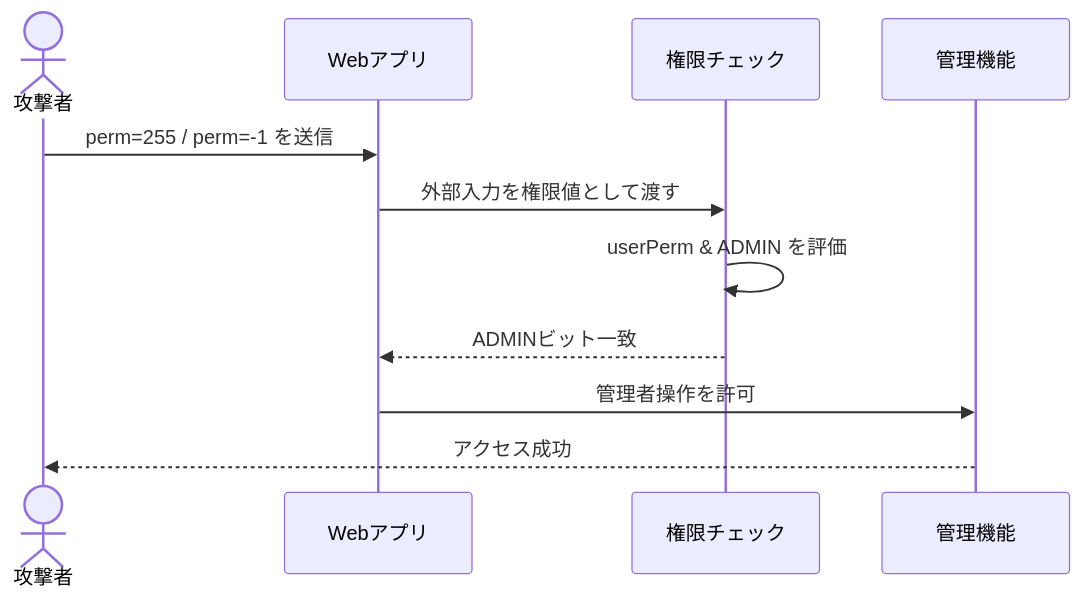
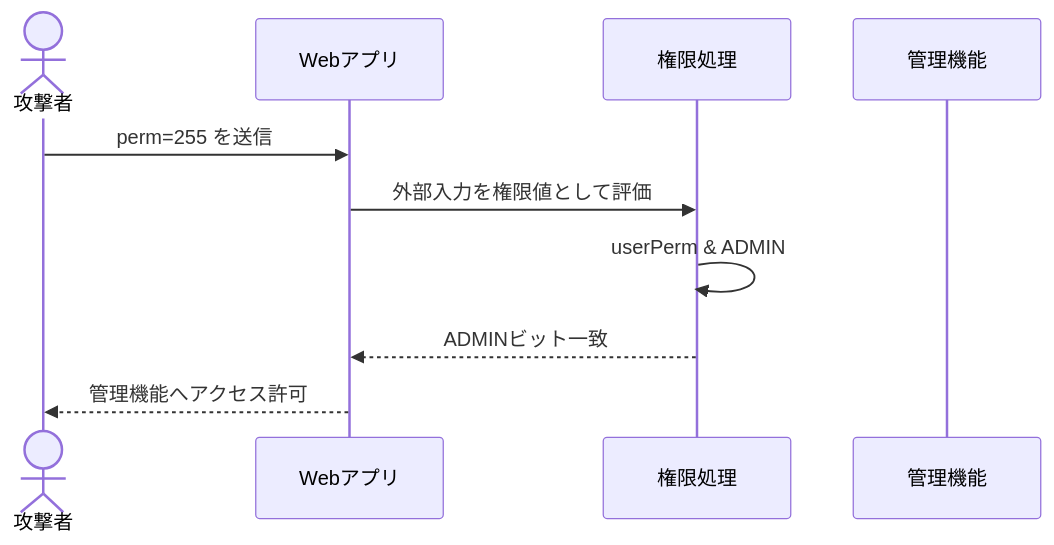
Before and after one commit to Omni-lab26/recon0x-content: the third of 3 diagrams in articles/binary-hex-bitwise/index.mdx, drawn with Mermaid. The commit also changed other lines of this file and 12 other files, not shown here.

````diff
--- a/articles/binary-hex-bitwise/index.mdx
+++ b/articles/binary-hex-bitwise/index.mdx
@@ -81,14 +76,12 @@
 ```mermaid
 sequenceDiagram
-    actor A as 攻撃者
-    participant W as Webアプリ
-    participant C as 権限チェック
-    participant D as 管理機能
-
-    A->>W: perm=255 / perm=-1 を送信
-    W->>C: 外部入力を権限値として渡す
-    C->>C: userPerm & ADMIN を評価
-    C-->>W: ADMINビット一致
-    W->>D: 管理者操作を許可
-    D-->>A: アクセス成功
+    actor 攻撃者
+    participant Webアプリ
+    participant 権限処理
+    participant 管理機能
+    攻撃者->>Webアプリ: perm=255 を送信
+    Webアプリ->>権限処理: 外部入力を権限値として評価
+    権限処理->>権限処理: userPerm & ADMIN
+    権限処理-->>Webアプリ: ADMINビット一致
+    Webアプリ-->>攻撃者: 管理機能へアクセス許可
 ```
````
